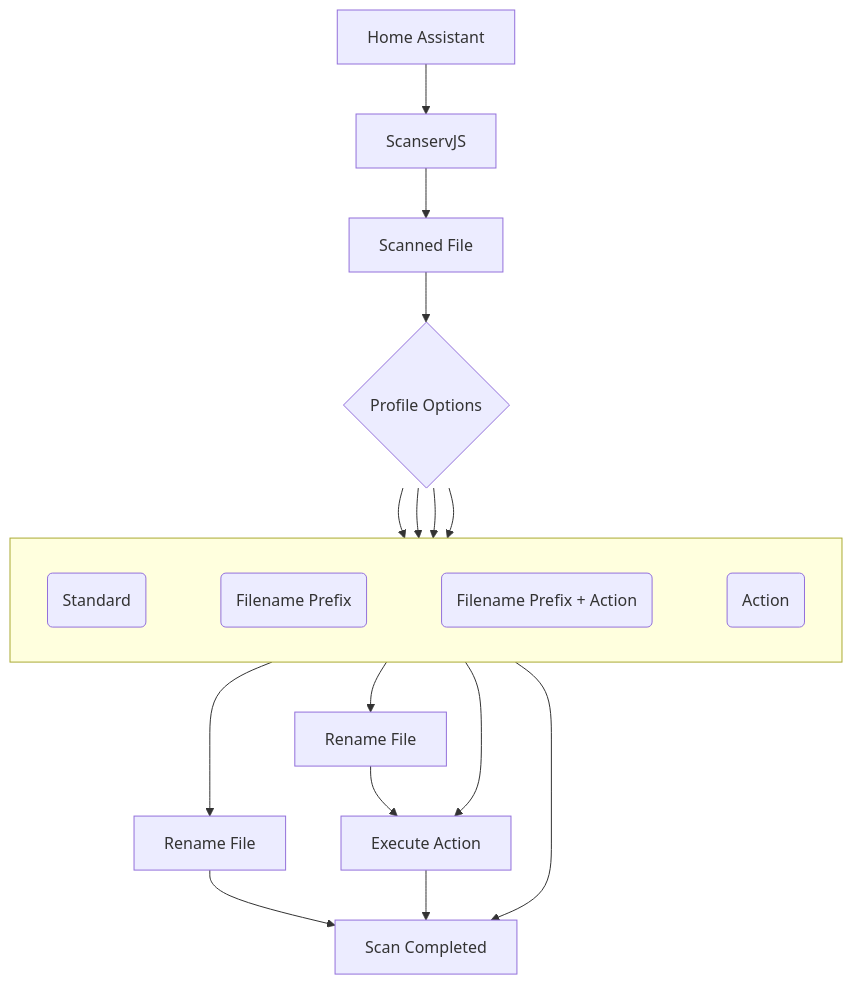
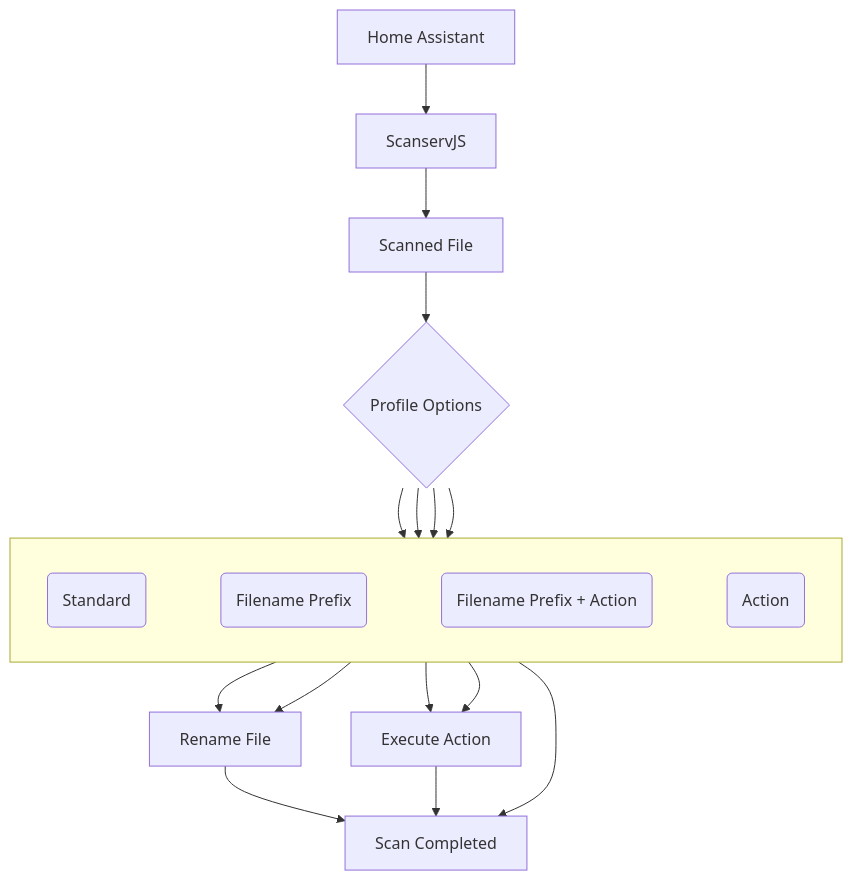
One commit to marioir2001/scanservjs_ha changed the first of 5 diagrams in README.md. Above: the diagram before and after it, drawn with Mermaid.

````diff
--- a/README.md
+++ b/README.md
@@ -3,32 +3,32 @@
 ```mermaid
 flowchart TD
     A[Home Assistant] --> B[ScanservJS]
     B --> C[Scanned File]
     C --> D{Profile Options}
 
     subgraph OPTIONS[" "]
         direction LR
         S(Standard)
         P(Filename Prefix)
         PA(Filename Prefix + Action)
         AC(Action)
     end
 
     D --> S
     D --> P
     D --> PA
     D --> AC
 
-    P --> R1[Rename File]
-    PA --> R2[Rename File]
-    R2 --> X[Execute Action]
+    P --> R[Rename File]
+    PA --> R
+    PA --> X[Execute Action]
     AC --> X
 
     S --> F[Scan Completed]
-    R1 --> F
+    R --> F
     X --> F
 
     S ~~~ P
     P ~~~ PA
     PA ~~~ AC
 ```
````
